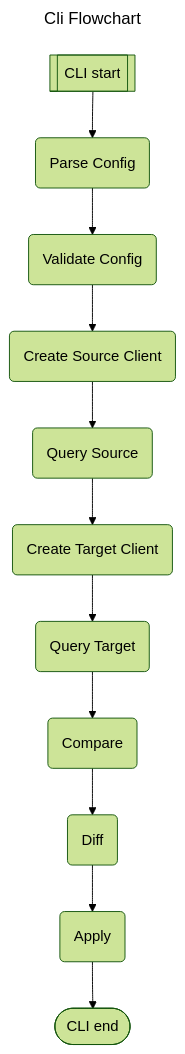
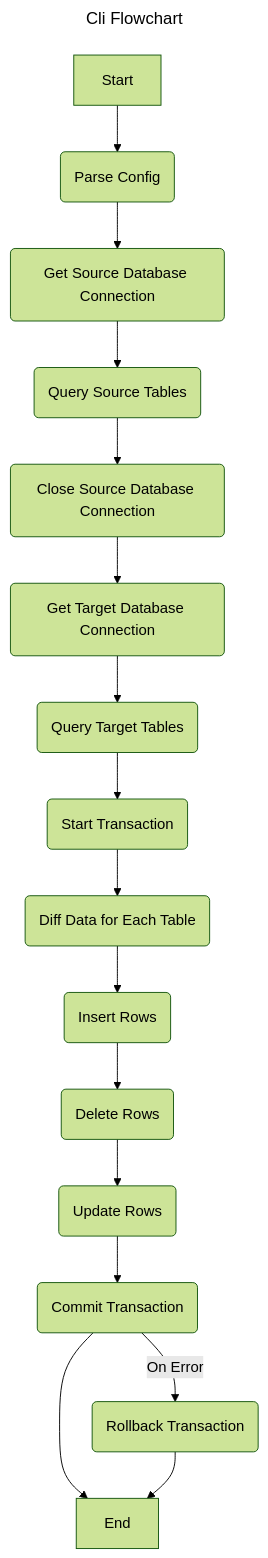
Before and after one commit to kilianstallz/stage-sync: the diagram in docs/architecture/flow.md, drawn with Mermaid (forest theme). The commit also changed 10 other files, not shown here.

````diff
--- a/docs/architecture/flow.md
+++ b/docs/architecture/flow.md
@@ -3,31 +3,38 @@
 ```mermaid
 ---
 title: Cli Flowchart
 ---
 
 flowchart
-  start[[CLI start]]
-  parse(Parse Config)
-  validate(Validate Config)
-  source(Create Source Client)
-  target(Create Target Client)
-  query(Query Source)
-  queryTarget(Query Target)
-  compare(Compare)
-  diff(Diff)
-  apply(Apply)
-  commit([CLI end])
-  
-  start --> parse
-    parse --> validate
-    validate --> source
-    source --> query
-    query --> target
-    target --> queryTarget
-    queryTarget --> compare
-    compare --> diff
-    diff --> apply
-    apply --> commit
-  
+  start[Start]
+  parseConfig(Parse Config)
+  getSourceDB(Get Source Database Connection)
+  querySourceTables(Query Source Tables)
+  closeSourceDB(Close Source Database Connection)
+  getTargetDB(Get Target Database Connection)
+  queryTargetTables(Query Target Tables)
+  startTransaction(Start Transaction)
+  diffData(Diff Data for Each Table)
+  insertRows(Insert Rows)
+  deleteRows(Delete Rows)
+  updateRows(Update Rows)
+  commitTransaction(Commit Transaction)
+  rollbackTransaction(Rollback Transaction)
+  ende[End]
+  start --> parseConfig
+  parseConfig --> getSourceDB
+  getSourceDB --> querySourceTables
+  querySourceTables --> closeSourceDB
+  closeSourceDB --> getTargetDB
+  getTargetDB --> queryTargetTables
+  queryTargetTables --> startTransaction
+  startTransaction --> diffData
+  diffData --> insertRows
+  insertRows --> deleteRows
+  deleteRows --> updateRows
+  updateRows --> commitTransaction
+  commitTransaction --> ende
+  commitTransaction -- On Error --> rollbackTransaction
+  rollbackTransaction --> ende
 
 ```
````
